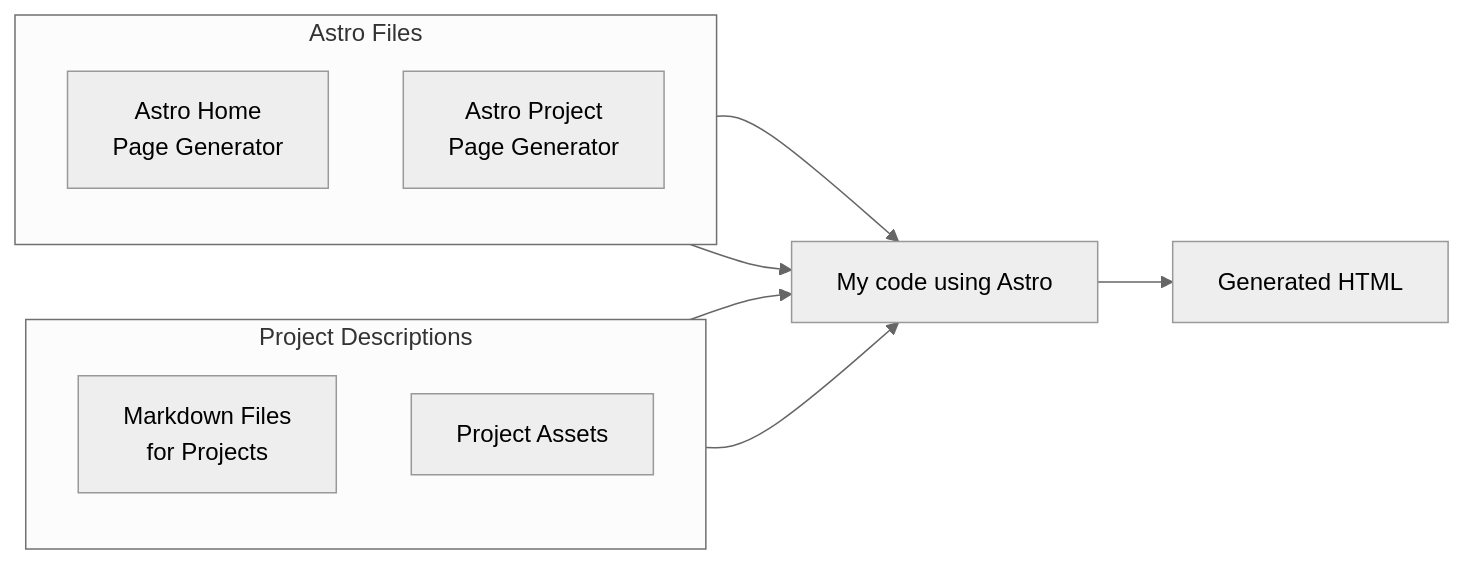
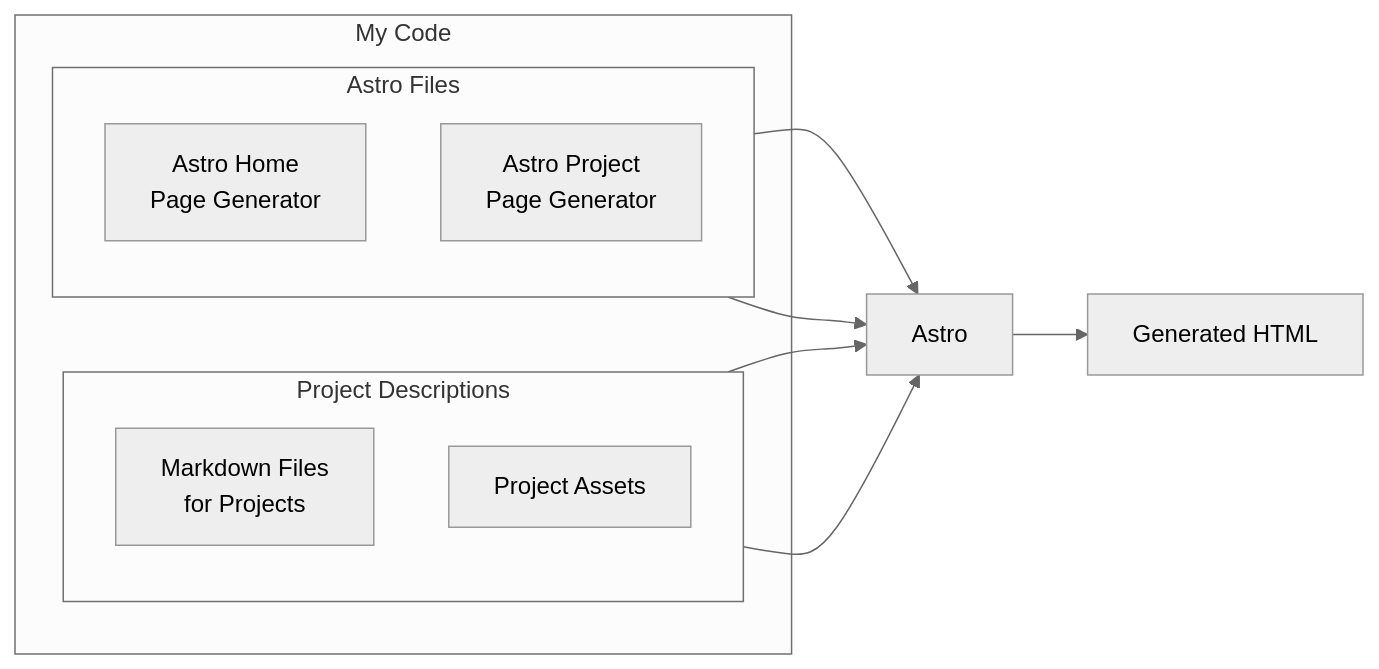
One commit to ryanhaus/my-website changed the first of 3 diagrams in src/content/projects/my-website.md. Above: the diagram before and after it, drawn with Mermaid. The commit also changed other lines of this file, not shown here.

Commit message:
Update 'my-website' project to reflect changes in website backend

````diff
--- a/src/content/projects/my-website.md
+++ b/src/content/projects/my-website.md
@@ -19,30 +19,32 @@
 ```mermaid
 ---
 config:
     theme: 'neutral'
 ---
 flowchart LR
-    subgraph projects[Project Descriptions]
-        direction TD
-        md[Markdown Files\nfor Projects]
-        assets[Project Assets]
+    subgraph my_code[My Code]
+        subgraph projects[Project Descriptions]
+            direction TD
+            md[Markdown Files\nfor Projects]
+            assets[Project Assets]
+        end
+
+        subgraph astro_files[Astro Files]
+            direction TD
+            astro_index[Astro Home\nPage Generator]
+            astro_proj[Astro Project\nPage Generator]
+        end
     end
 
-    subgraph astro_files[Astro Files]
-        direction TD
-        astro_index[Astro Home\nPage Generator]
-        astro_proj[Astro Project\nPage Generator]
-    end
-
-    astro[My code using Astro]
+    astro[Astro]
     html[Generated HTML]
 
 
     md --> astro
     assets --> astro
 
     astro_index --> astro
     astro_proj --> astro
 
     astro --> html
 ```
````
